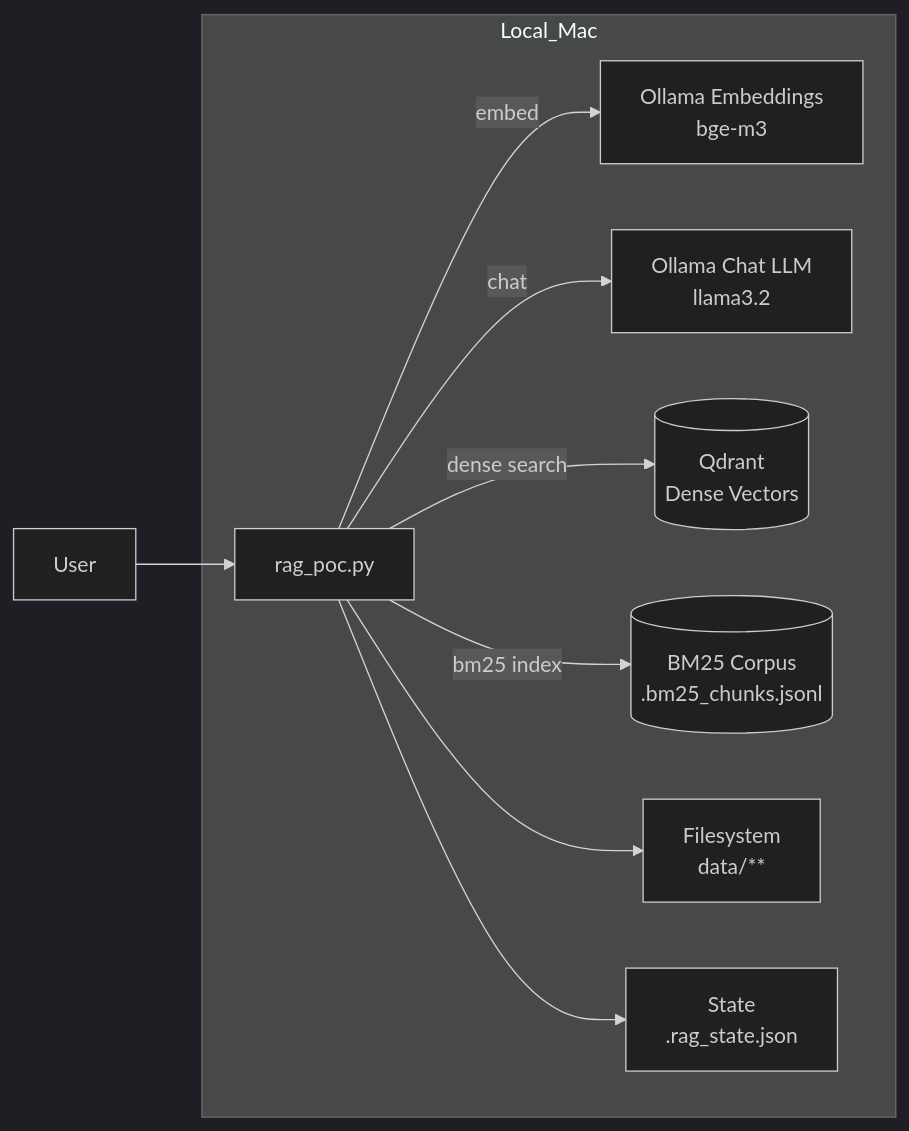
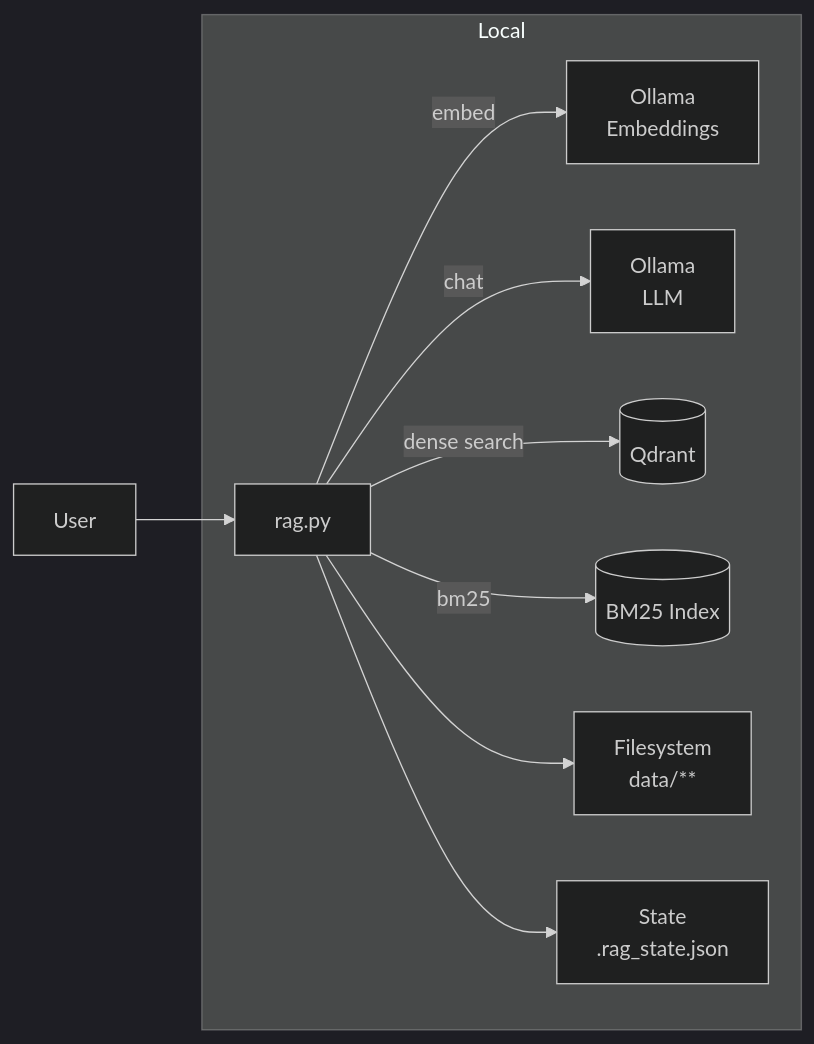
The first of 2 diagrams in README.md (mallox-de/rag-poc), drawn with Mermaid (dark theme) before and after one commit. The commit also changed other lines of this file and 3 other files, not shown here.

````diff
--- a/README.md
+++ b/README.md
@@ -109,13 +291,13 @@
 ```mermaid
 graph LR
-  U[User] --> A[rag_poc.py]
+  U[User] --> A[rag.py]
 
-  subgraph Local_Mac
-    A -->|embed| O[Ollama Embeddings<br/>bge-m3]
-    A -->|chat| L[Ollama Chat LLM<br/>llama3.2]
-    A -->|dense search| V[(Qdrant<br/>Dense Vectors)]
-    A -->|bm25 index| B[(BM25 Corpus<br/>.bm25_chunks.jsonl)]
+  subgraph Local
+    A -->|embed| O[Ollama<br/>Embeddings]
+    A -->|chat| L[Ollama<br/>LLM]
+    A -->|dense search| Q[(Qdrant)]
+    A -->|bm25| B[(BM25 Index)]
     A --> FS[Filesystem<br/>data/**]
     A --> ST[State<br/>.rag_state.json]
   end
 ```
````
